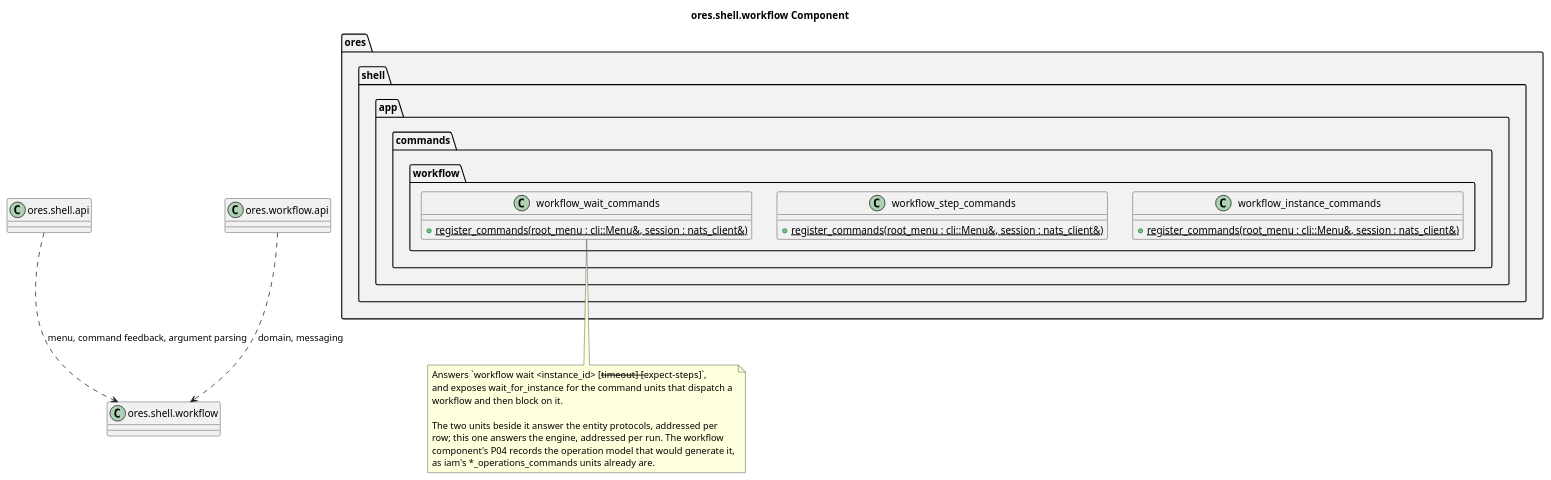
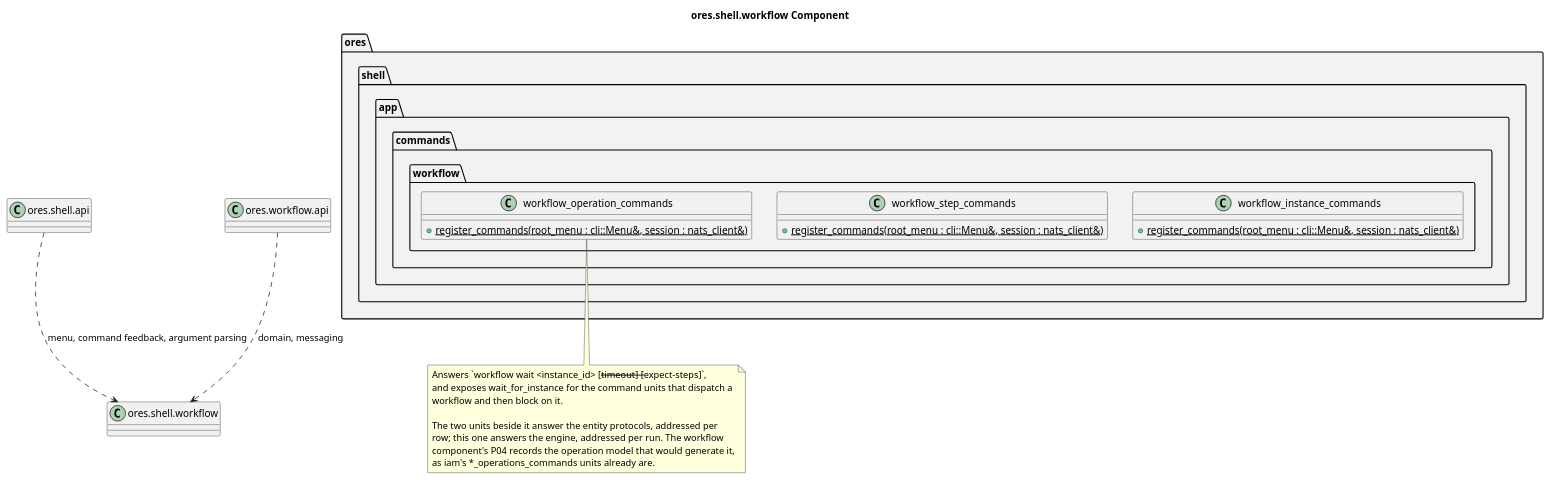
Before and after one commit to OreStudio/OreStudio: the diagram in projects/ores.shell/workflow/modeling/ores.shell.workflow.puml, drawn with PlantUML. The commit also changed 18 other files, not shown here.

```diff
--- a/projects/ores.shell/workflow/modeling/ores.shell.workflow.puml
+++ b/projects/ores.shell/workflow/modeling/ores.shell.workflow.puml
@@ -18,54 +18,54 @@
 @startuml
 
 title ores.shell.workflow Component
 
 set namespaceSeparator ::
 
 namespace ores #F2F2F2 {
     namespace shell #F2F2F2 {
         namespace app #F2F2F2 {
             namespace commands #F2F2F2 {
                 namespace workflow #F2F2F2 {
                     class workflow_instance_commands {
                         {static} +register_commands(root_menu : cli::Menu&, session : nats_client&)
                     }
                     class workflow_step_commands {
                         {static} +register_commands(root_menu : cli::Menu&, session : nats_client&)
                     }
-                    class workflow_wait_commands {
+                    class workflow_operation_commands {
                         {static} +register_commands(root_menu : cli::Menu&, session : nats_client&)
                     }
                 }
             }
         }
     }
 }
 
 ' --- manual: everything below this line is hand-authored; the script preserves it ---
 
 ores.shell.api ..> ores.shell.workflow : menu, command feedback, argument parsing
 ores.workflow.api ..> ores.shell.workflow : domain, messaging
 
 ' The automated pass draws one box per unit and cannot show which of the three a
 ' person wrote, or why. Two are generated from the workflow entity models, one per
 ' entity, and each answers its entity's derived verbs. The third is hand-written
 ' because blocking on a run is not an entity verb: it polls the engine's step query
 ' until the instance reaches a terminal state, and no entity model can express that.
 ' Three other command units -- bundles, provision and ORE import -- call its
 ' wait_for_instance at four sites, so retiring it would break them.
 
-note bottom of "ores::shell::app::commands::workflow::workflow_wait_commands"
+note bottom of "ores::shell::app::commands::workflow::workflow_operation_commands"
 Answers `workflow wait <instance_id> [--timeout] [--expect-steps]`,
 and exposes wait_for_instance for the command units that dispatch a
 workflow and then block on it.
 
 The two units beside it answer the entity protocols, addressed per
 row; this one answers the engine, addressed per run. The workflow
 component's P04 records the operation model that would generate it,
 as iam's *_operations_commands units already are.
 end note
 
 ' Local Variables:
 ' compile-command: "java -Djava.awt.headless=true -DPLANTUML_SECURITY_PROFILE=UNSECURE -DPLANTUML_LIMIT_SIZE=65535 -jar /usr/share/plantuml/plantuml.jar ores.shell.workflow.puml"
 ' End:
 @enduml
```
